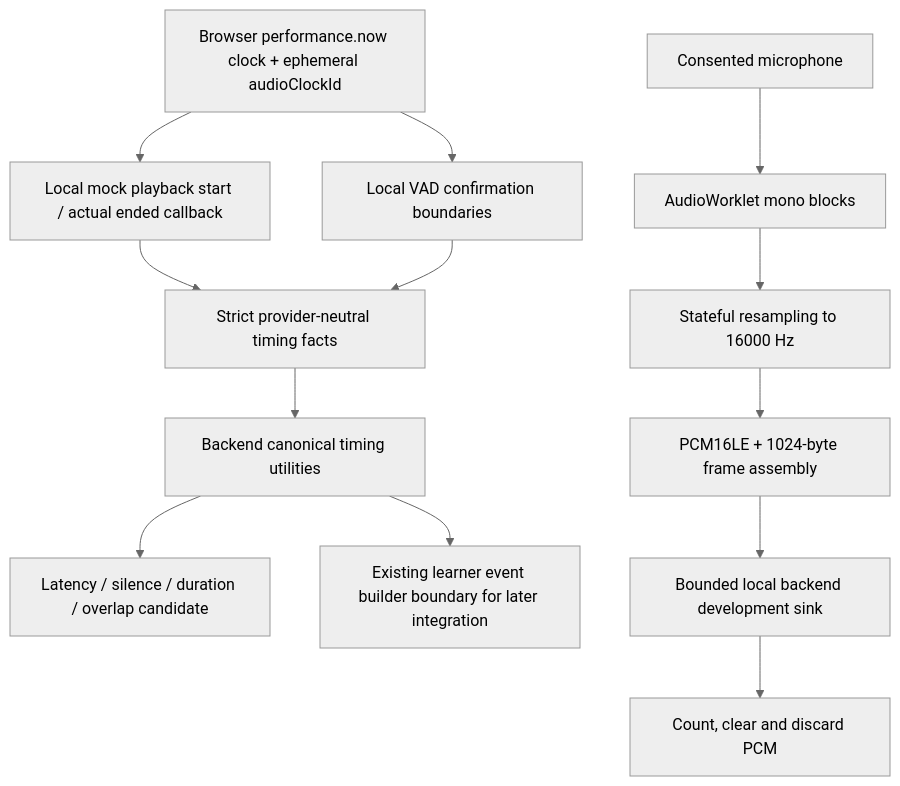
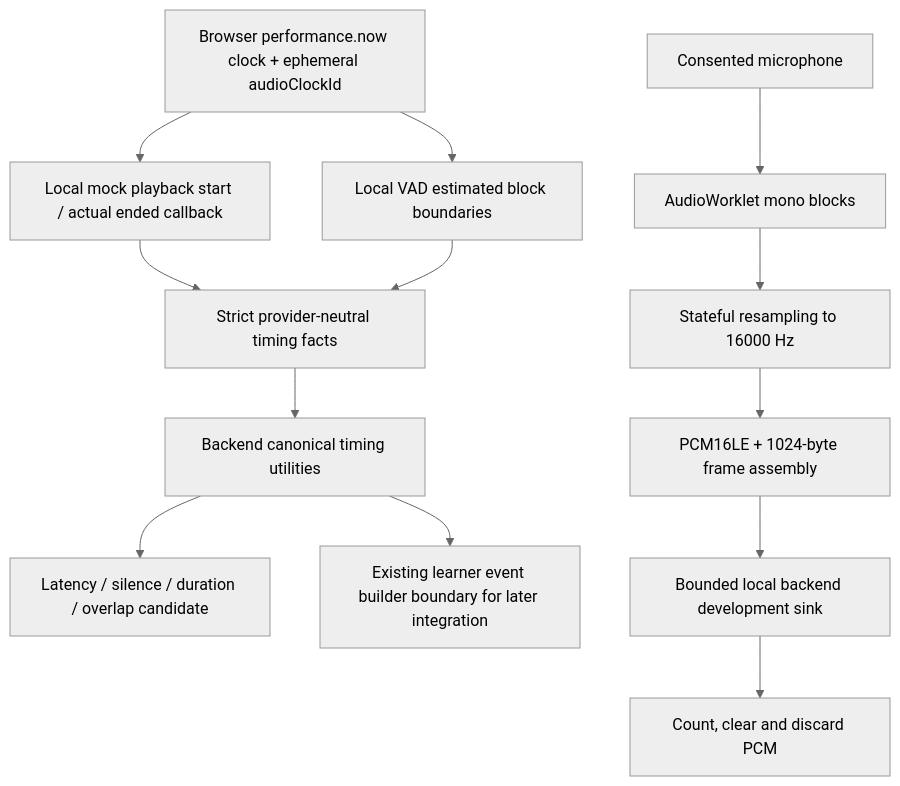
The diagram in docs/architecture/browser-audio.md (Pranav-Patil3666/vishing--vaccine), drawn with Mermaid (neutral theme) before and after one commit. The commit also changed other lines of this file and 113 other files, not shown here.

````diff
--- a/docs/architecture/browser-audio.md
+++ b/docs/architecture/browser-audio.md
@@ -7,15 +7,15 @@
 ```mermaid
 flowchart TD
   Clock[Browser performance.now clock + ephemeral audioClockId] --> Caller[Local mock playback start / actual ended callback]
-  Clock --> Vad[Local VAD confirmation boundaries]
+  Clock --> Vad[Local VAD estimated block boundaries]
   Caller --> Facts[Strict provider-neutral timing facts]
   Vad --> Facts
   Facts --> Backend[Backend canonical timing utilities]
   Backend --> Preview[Latency / silence / duration / overlap candidate]
   Backend --> Future[Existing learner event builder boundary for later integration]
   Mic[Consented microphone] --> Worklet[AudioWorklet mono blocks]
   Worklet --> Resample[Stateful resampling to 16000 Hz]
   Resample --> PCM[PCM16LE + 1024-byte frame assembly]
   PCM --> Sink[Bounded local backend development sink]
   Sink --> Discard[Count, clear and discard PCM]
 ```
````
